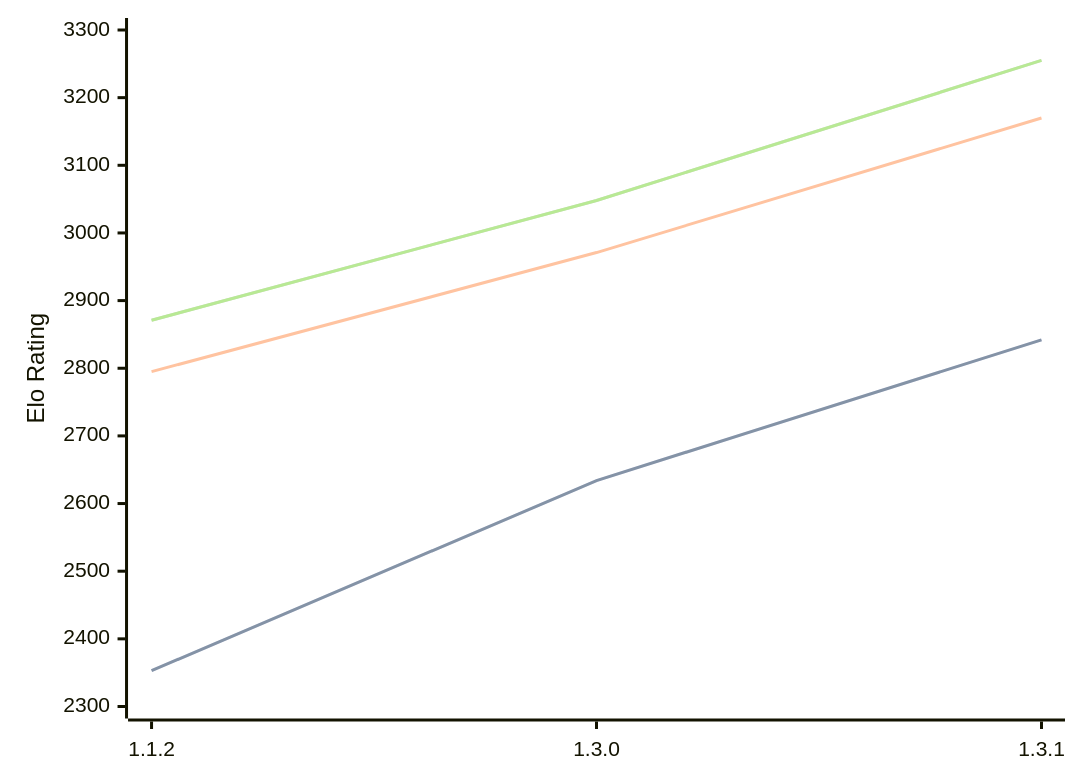
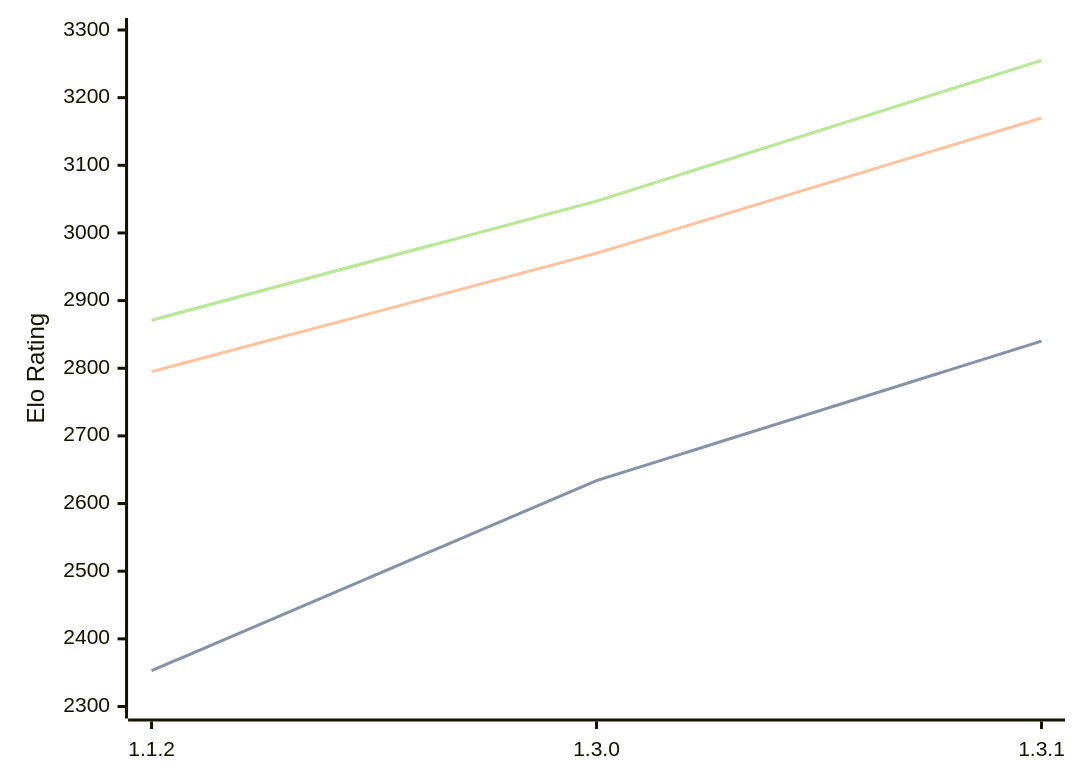
Before and after one commit to computer-chess-index/cci: the diagram in engines/Ember.md, drawn with Mermaid. The commit also changed other lines of this file, not shown here.

Commit message:
Update CCI Ratings (ELO VLTC) - 2026-09-30

````diff
--- a/engines/Ember.md
+++ b/engines/Ember.md
@@ -42,11 +42,11 @@
 ```mermaid
 %%{init: {"theme":"base","themeVariables":{"seriesColors:['#a3a3a3','#222221','#faa371']}}}%%
 xychart-beta
   x-axis ["1.1.2", "1.3.0", "1.3.1"]
   y-axis "Elo Rating" 2300 --> 3300
-  line "" [2353, 2634, 2842]
-  line "STC (8.0+0.08s)" [2353, 2634, 2842]
-  line "LTC (60.0+0.60s)" [2795, 2971, 3170]
-  line "" [2871, 3048, 3255]
-  line "VLTC (2m24s+1.12s)" [2871, 3048, 3255]
+  line "" [2353, 2634, 2840]
+  line "STC (8.0+0.08s)" [2353, 2634, 2840]
+  line "LTC (60.0+0.60s)" [2795, 2970, 3170]
+  line "" [2871, 3047, 3255]
+  line "VLTC (2m24s+1.12s)" [2871, 3047, 3255]
 ```
````
